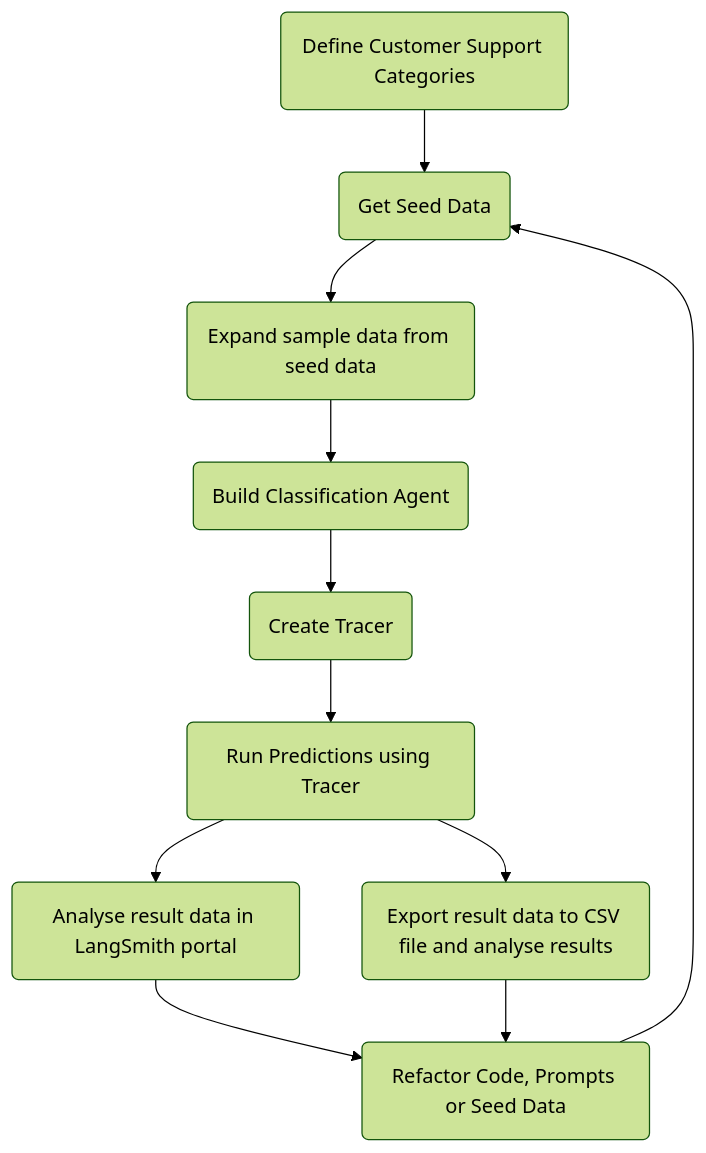
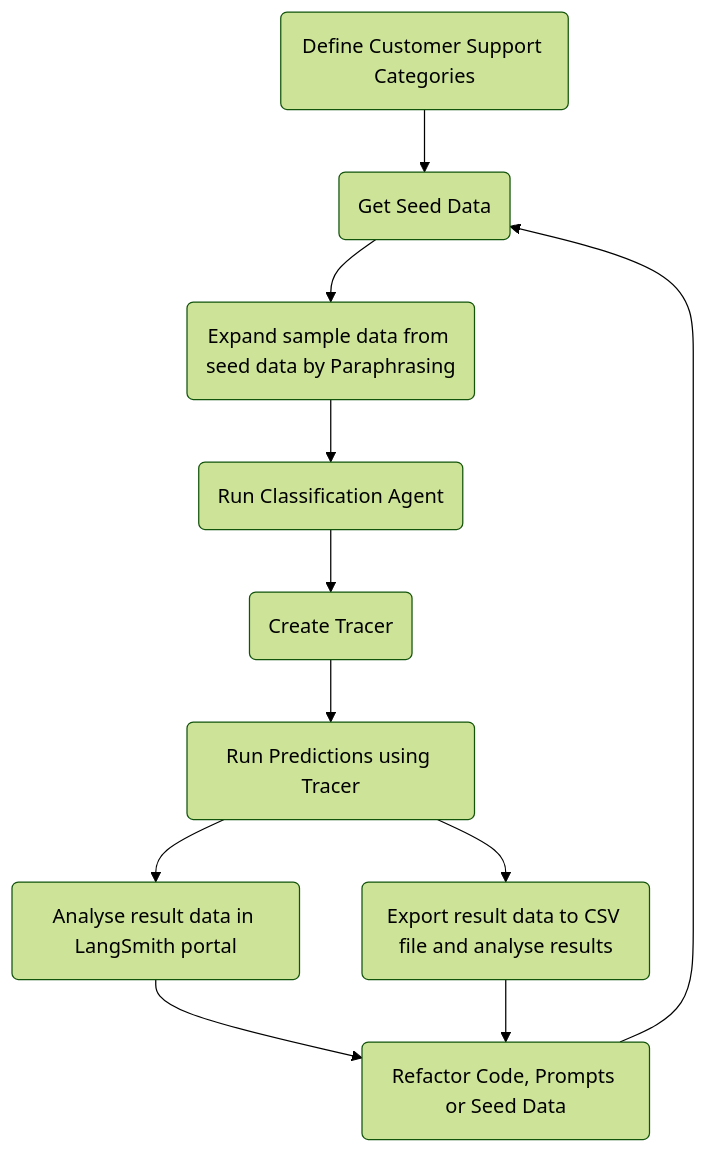
The diagram in Categ_Eval_LangSmith/README.md (louis-trevino/Mastering_Agentic_AI_PRJ), drawn with Mermaid (forest theme) before and after one commit. The commit also changed other lines of this file and 1 other file, not shown here.

````diff
--- a/Categ_Eval_LangSmith/README.md
+++ b/Categ_Eval_LangSmith/README.md
@@ -39,11 +39,11 @@
 ```mermaid
 graph TD;
 Cat(Define Customer Support Categories) --> SEED(Get Seed Data);
-SEED --> XP(Expand sample data from seed data);
-XP --> CA(Build Classification Agent) --> TR(Create Tracer) --> PR(Run Predictions using Tracer);
+SEED --> XP(Expand sample data from seed data by Paraphrasing);
+XP --> CA(Run Classification Agent) --> TR(Create Tracer) --> PR(Run Predictions using Tracer);
 PR --> LS(Analyse result data in LangSmith portal);
 PR --> RES(Export result data to CSV file and analyse results);
 LS --> RF(Refactor Code, Prompts or Seed Data);
 RES --> RF;
 RF --> SEED;
 ```
````
